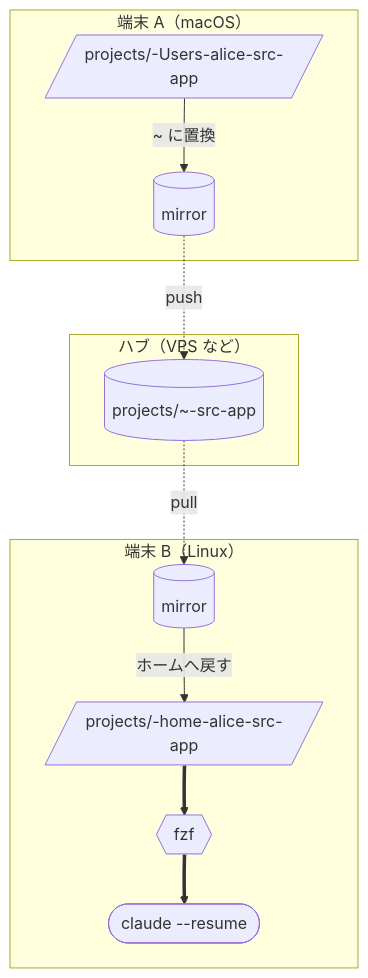
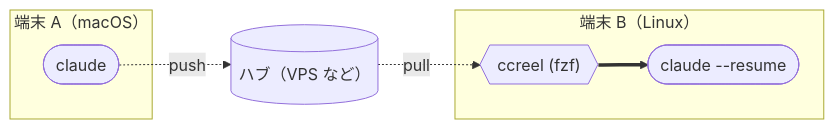
The second of 2 diagrams in README.md (yktsnet/ccreel), drawn with Mermaid before and after one commit. The commit also changed other lines of this file and 1 other file, not shown here.

Commit message:
docs: add the English README and simplify the README (#21)
* docs: add the English README

* docs: show the sync as a plain push/pull exchange and keep three decisions in the README

* docs: draw the cross-machine diagram as A to hub to B

---------

````diff
--- a/README.md
+++ b/README.md
@@ -62,21 +62,11 @@
 ```mermaid
-flowchart TD
+flowchart LR
   subgraph A["端末 A（macOS）"]
-    a1[/"projects/-Users-alice-src-app"/]
-    am[("mirror")]
+    ca(["claude"])
   end
-  subgraph H["ハブ（VPS など）"]
-    hub[("projects/~-src-app")]
+  hub[("ハブ（VPS など）")]
+  subgraph B["端末 B（Linux）"]
+    fb{{"ccreel (fzf)"}} ==> rb(["claude --resume"])
   end
-  subgraph B["端末 B（Linux）"]
-    bm[("mirror")]
-    b1[/"projects/-home-alice-src-app"/]
-    fzf{{"fzf"}}
-    cl(["claude --resume"])
-  end
-  a1 -->|"~ に置換"| am
-  am -.->|push| hub
-  hub -.->|pull| bm
-  bm -->|"ホームへ戻す"| b1
-  b1 ==> fzf ==> cl
+  ca -.->|push| hub -.->|pull| fb
 ```
````
